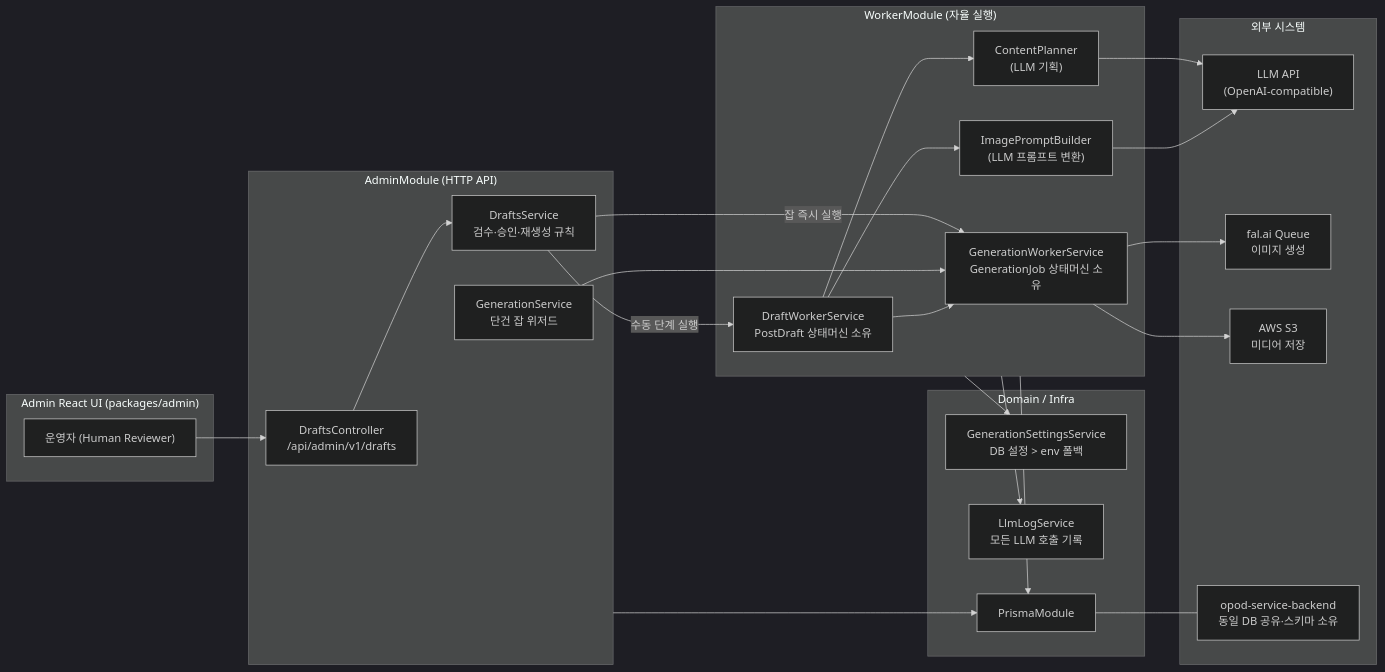
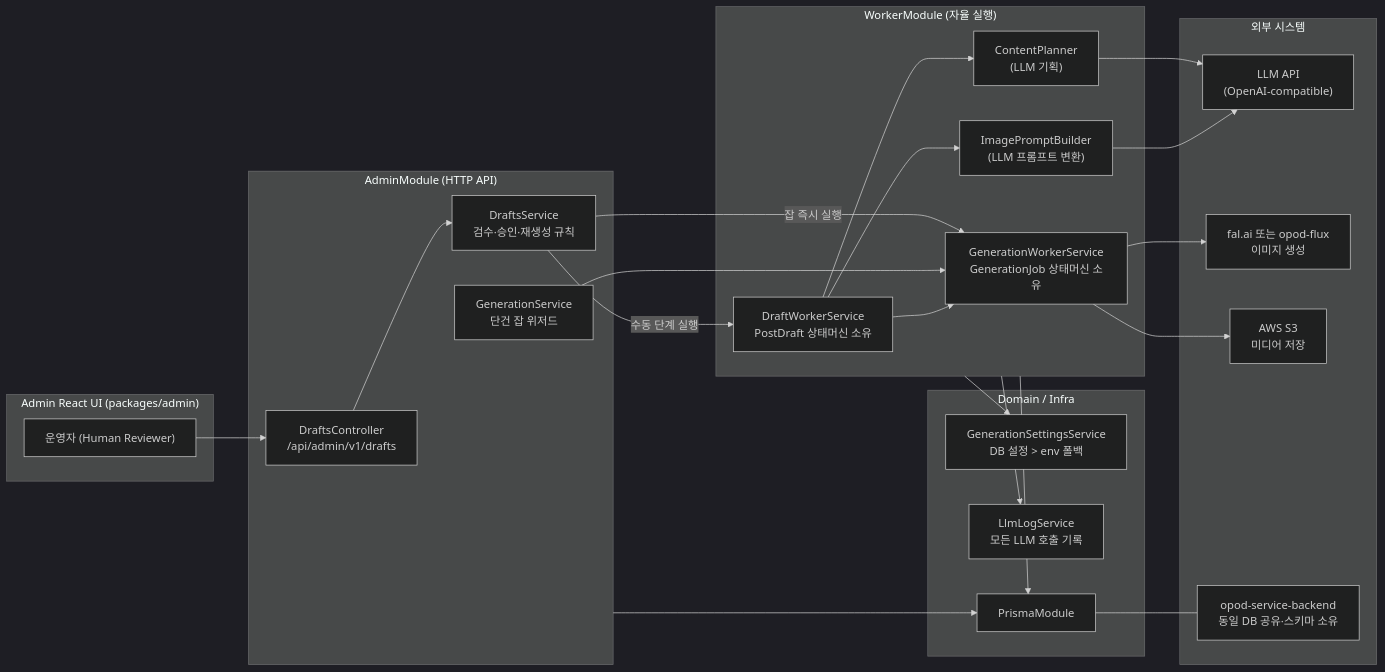
One commit to TaehoHong/opod-admin changed the second of 6 diagrams in docs/post-creation-agent-workflow.md. Above: the diagram before and after it, drawn with Mermaid (dark theme). The commit also changed other lines of this file and 20 other files, not shown here.

Commit message:
feat: integrate opod-flux v1 image provider

````diff
--- a/docs/post-creation-agent-workflow.md
+++ b/docs/post-creation-agent-workflow.md
@@ -49,46 +49,46 @@
 ```mermaid
 flowchart LR
     subgraph UI["Admin React UI (packages/admin)"]
         OP["운영자 (Human Reviewer)"]
     end
 
     subgraph ADMIN["AdminModule (HTTP API)"]
         DC["DraftsController<br/>/api/admin/v1/drafts"]
         DS["DraftsService<br/>검수·승인·재생성 규칙"]
         GS["GenerationService<br/>단건 잡 위저드"]
     end
 
     subgraph WORKER["WorkerModule (자율 실행)"]
         DW["DraftWorkerService<br/>PostDraft 상태머신 소유"]
         GW["GenerationWorkerService<br/>GenerationJob 상태머신 소유"]
         CP["ContentPlanner<br/>(LLM 기획)"]
         PB["ImagePromptBuilder<br/>(LLM 프롬프트 변환)"]
     end
 
     subgraph DOMAIN["Domain / Infra"]
         SET["GenerationSettingsService<br/>DB 설정 > env 폴백"]
         LOG["LlmLogService<br/>모든 LLM 호출 기록"]
         PR["PrismaModule"]
     end
 
     subgraph EXT["외부 시스템"]
         LLM["LLM API<br/>(OpenAI-compatible)"]
-        FAL["fal.ai Queue<br/>이미지 생성"]
+        IMAGE_PROVIDER["fal.ai 또는 opod-flux<br/>이미지 생성"]
         S3["AWS S3<br/>미디어 저장"]
         BE["opod-service-backend<br/>동일 DB 공유·스키마 소유"]
     end
 
     OP --> DC
     DC --> DS
     DS -->|수동 단계 실행| DW
     DS -->|잡 즉시 실행| GW
     GS --> GW
     DW --> CP & PB
     DW --> GW
     CP & PB --> LLM
-    GW --> FAL
+    GW --> IMAGE_PROVIDER
     GW --> S3
     WORKER --> SET & LOG & PR
     ADMIN --> PR
     PR --- BE
 ```
````
